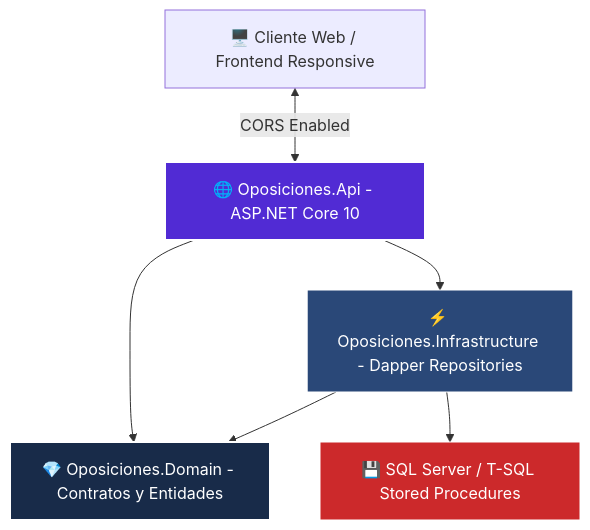
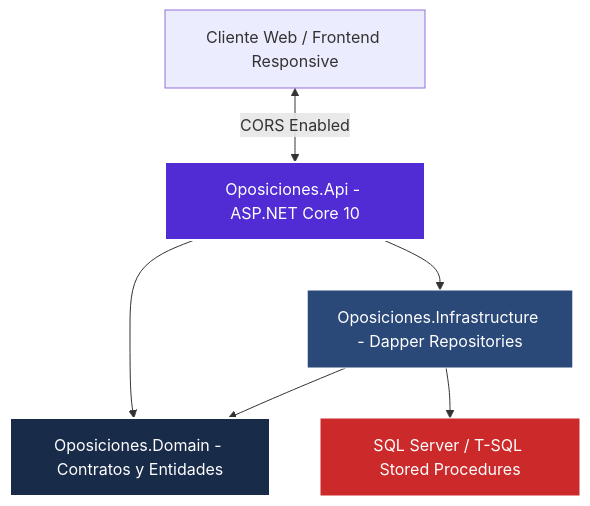
Before and after one commit to Nain9Dev/SistemaOposicionesTAI: the diagram in README.md, drawn with Mermaid. The commit also changed other lines of this file, not shown here.

Commit message:
20260802 - REFACT - Oposiciones README Human Formatting Zero Emojis

````diff
--- a/README.md
+++ b/README.md
@@ -31,13 +31,13 @@
 ```mermaid
 graph TD
-    CLIENT[🖥️ Cliente Web / Frontend Responsive] <-->|CORS Enabled| API[🌐 Oposiciones.Api - ASP.NET Core 10]
-    API --> DOM[💎 Oposiciones.Domain - Contratos y Entidades]
-    API --> INFRA[⚡ Oposiciones.Infrastructure - Dapper Repositories]
+    CLIENT[Cliente Web / Frontend Responsive] <-->|CORS Enabled| API[Oposiciones.Api - ASP.NET Core 10]
+    API --> DOM[Oposiciones.Domain - Contratos y Entidades]
+    API --> INFRA[Oposiciones.Infrastructure - Dapper Repositories]
     INFRA --> DOM
-    INFRA --> SQL[💾 SQL Server / T-SQL Stored Procedures]
+    INFRA --> SQL[SQL Server / T-SQL Stored Procedures]
 
     style API fill:#512BD4,stroke:#fff,stroke-width:2px,color:#fff
     style DOM fill:#182B49,stroke:#fff,stroke-width:2px,color:#fff
     style INFRA fill:#2A4878,stroke:#fff,color:#fff
     style SQL fill:#CC292B,stroke:#fff,color:#fff
 ```
````
